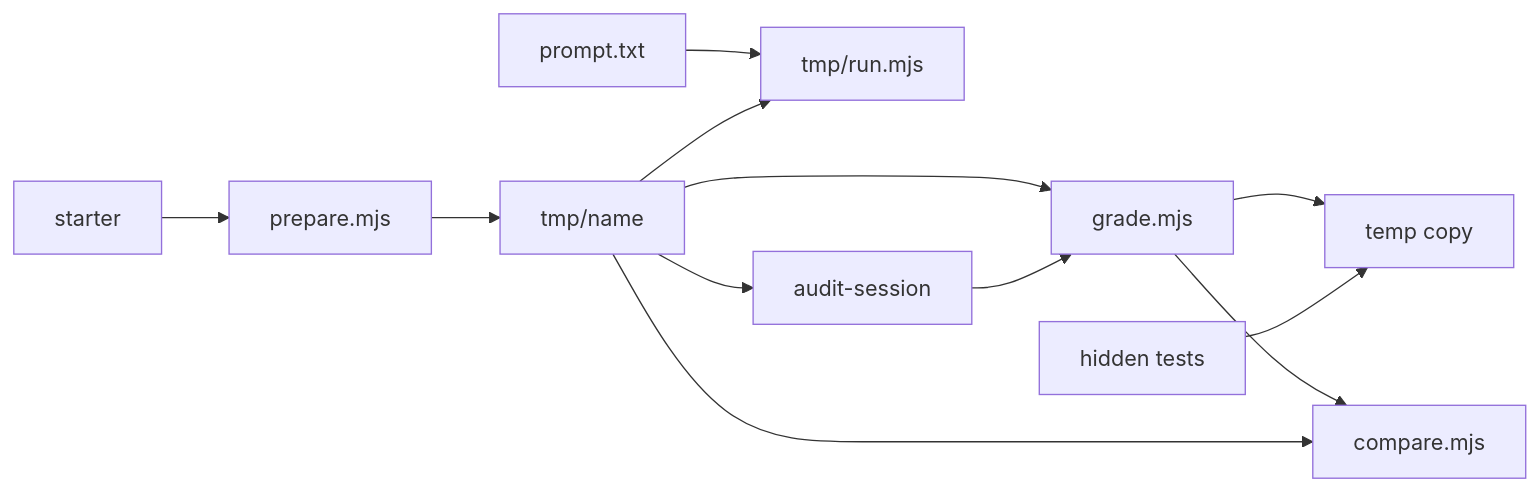
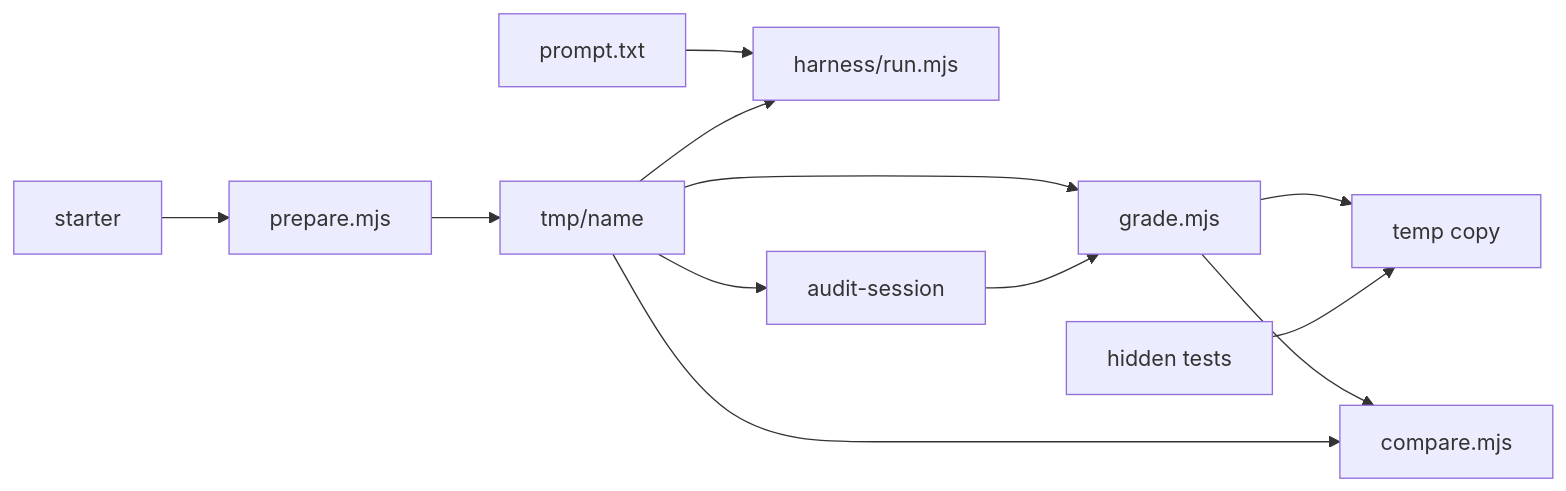
The diagram in evals/reatom-2048/README.md (artalar/baton), drawn with Mermaid before and after one commit. The commit also changed other lines of this file and 4 other files, not shown here.

````diff
--- a/evals/reatom-2048/README.md
+++ b/evals/reatom-2048/README.md
@@ -7,14 +7,14 @@
 ```mermaid
 flowchart LR
   starter[starter] --> prepare[prepare.mjs]
   prepare --> workspace["tmp/name"]
-  prompt[prompt.txt] --> runner["tmp/run.mjs"]
+  prompt[prompt.txt] --> runner["harness/run.mjs"]
   workspace --> runner
   workspace --> grade[grade.mjs]
   grade --> copy[temp copy]
   hidden[hidden tests] --> copy
   workspace --> audit[audit-session]
   audit --> grade
   grade --> compare[compare.mjs]
   workspace --> compare
 ```
````
